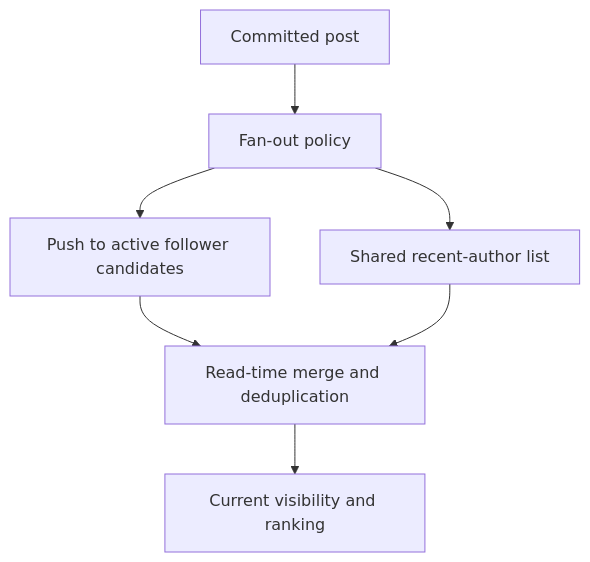
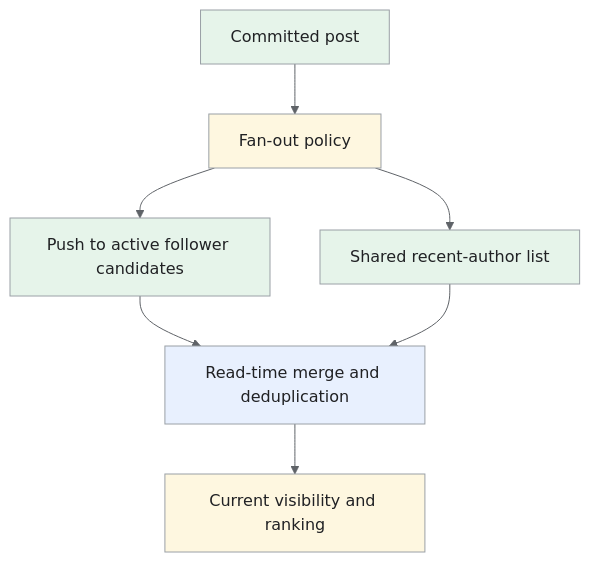
One commit to iliazlobin/iliazlobin.github.io changed the third of 3 diagrams in _designs/system-design-twitter-x.md. Above: the diagram before and after it, drawn with Mermaid. The commit also changed other lines of this file and 25 other files, not shown here.

Commit message:
docs: explain Batch B design flows and tradeoffs

````diff
--- a/_designs/system-design-twitter-x.md
+++ b/_designs/system-design-twitter-x.md
@@ -203,9 +253,17 @@
 ```mermaid
+%%{init: {'theme':'base','themeVariables':{'primaryColor':'#e8f0fe','primaryTextColor':'#202124','primaryBorderColor':'#9aa0a6','lineColor':'#5f6368','secondaryColor':'#e6f4ea','tertiaryColor':'#fef7e0','actorBkg':'#e8f0fe','actorBorder':'#9aa0a6','actorTextColor':'#202124','noteBkgColor':'#fef7e0','noteTextColor':'#202124','noteBorderColor':'#9aa0a6','signalColor':'#5f6368','signalTextColor':'#202124','labelBoxBkgColor':'#fef7e0','labelBoxBorderColor':'#9aa0a6'}}}%%
 flowchart TB
     P["Committed post"] --> F["Fan-out policy"]
     F --> A["Push to active follower candidates"]
     F --> B["Shared recent-author list"]
     A --> M["Read-time merge and deduplication"]
     B --> M
     M --> V["Current visibility and ranking"]
+classDef request fill:#e8f0fe,stroke:#9aa0a6,color:#202124;
+classDef data fill:#e6f4ea,stroke:#9aa0a6,color:#202124;
+classDef control fill:#fef7e0,stroke:#9aa0a6,color:#202124;
+class M request;
+class P,A,B data;
+class F,V control;
+
 ```
````
